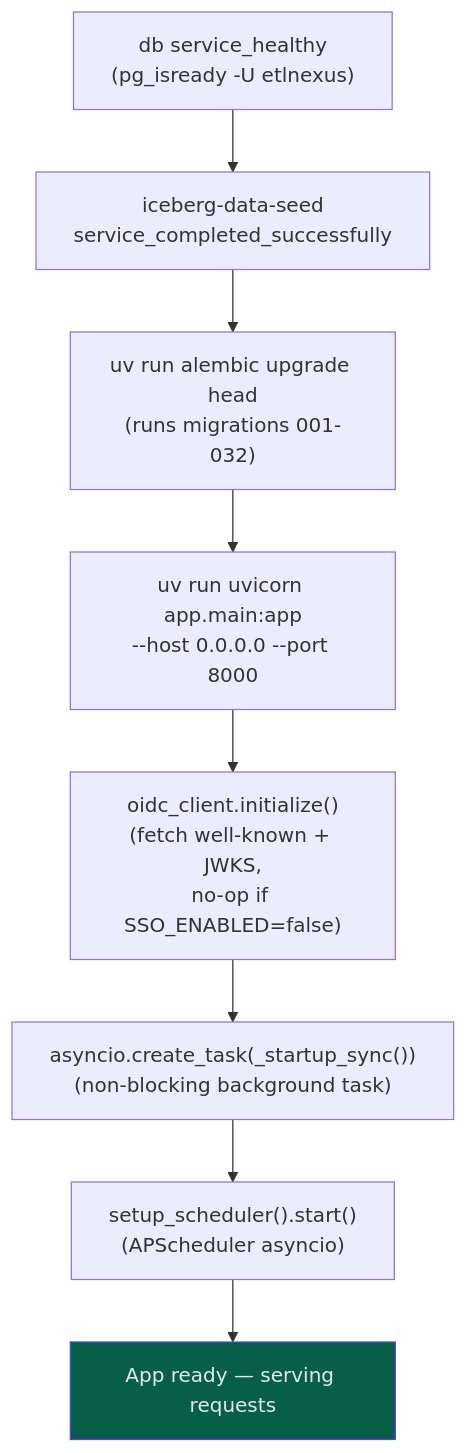
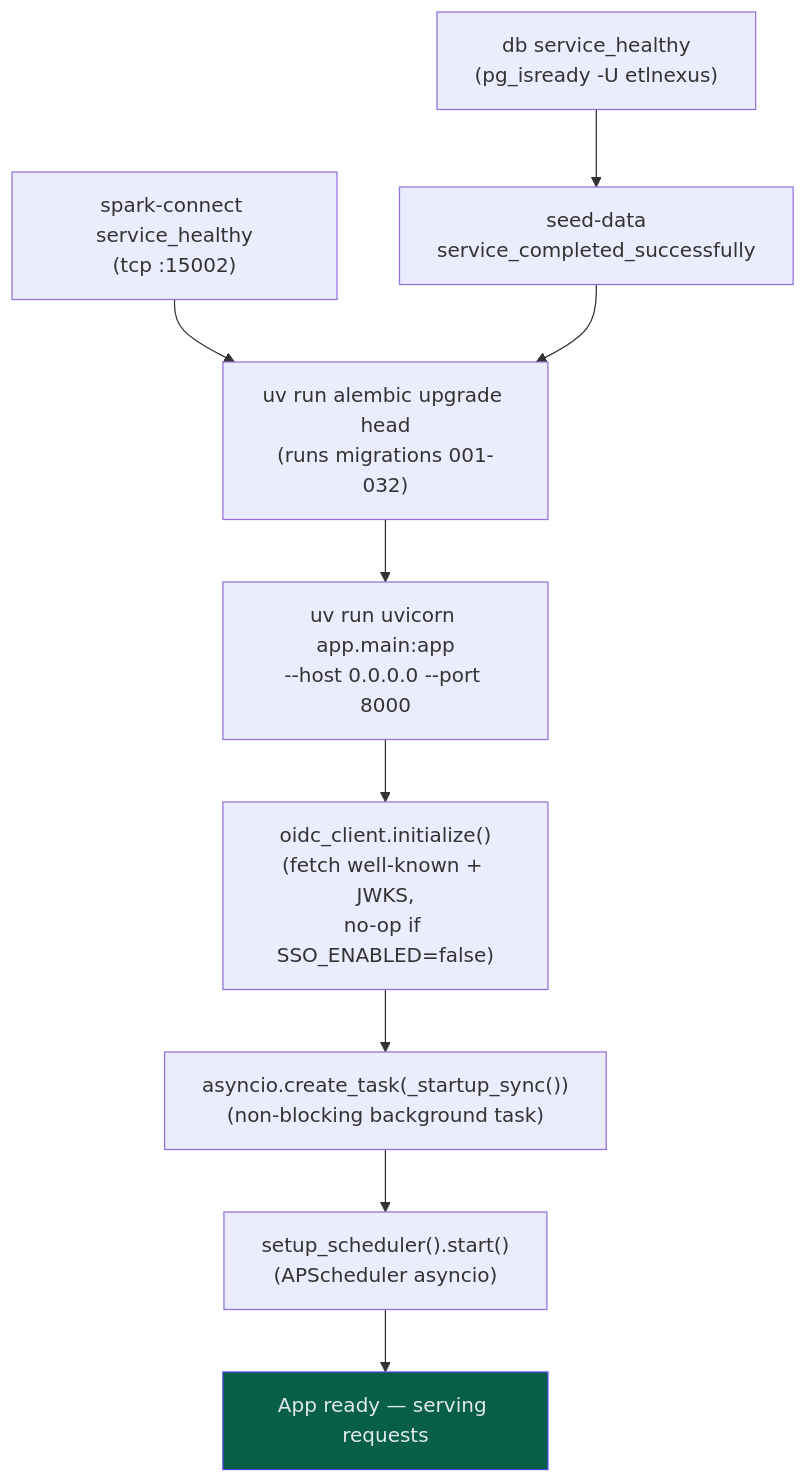
Before and after one commit to harharim55-alt/EtlNexus: diagram 19 of 19 in docs/ARCHITECTURE.md, drawn with Mermaid. The commit also changed other lines of this file and 47 other files, not shown here.

First line of the commit message:
feat: replace Iceberg REST catalog with Spark Connect + 30s Postgres mirror

````diff
--- a/docs/ARCHITECTURE.md
+++ b/docs/ARCHITECTURE.md
@@ -1089,12 +1090,13 @@
 ```mermaid
 flowchart TD
-    DBHealthy["db service_healthy<br/>(pg_isready -U etlnexus)"] --> IcebergSeed["iceberg-data-seed<br/>service_completed_successfully"]
+    DBHealthy["db service_healthy<br/>(pg_isready -U etlnexus)"] --> IcebergSeed["seed-data<br/>service_completed_successfully"]
+    SparkHealthy["spark-connect service_healthy<br/>(tcp :15002)"] --> Alembic
     IcebergSeed --> Alembic["uv run alembic upgrade head<br/>(runs migrations 001-032)"]
     Alembic --> Uvicorn["uv run uvicorn app.main:app<br/>--host 0.0.0.0 --port 8000"]
     Uvicorn --> OIDCInit["oidc_client.initialize()<br/>(fetch well-known + JWKS,<br/>no-op if SSO_ENABLED=false)"]
     OIDCInit --> StartupSync["asyncio.create_task(_startup_sync())<br/>(non-blocking background task)"]
     StartupSync --> SchedulerStart["setup_scheduler().start()<br/>(APScheduler asyncio)"]
     SchedulerStart --> Ready["App ready — serving requests"]
 
     style Ready fill:#065f46,stroke:#4f46e5,color:#e2e8f0
 ```
````
